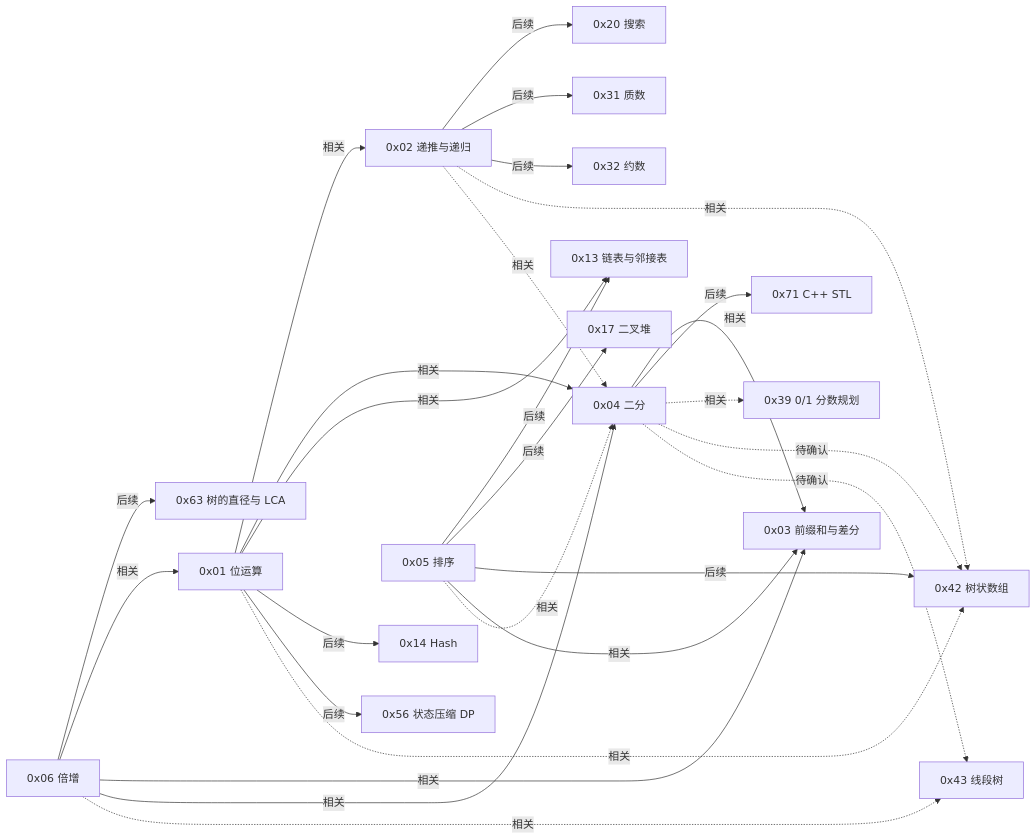
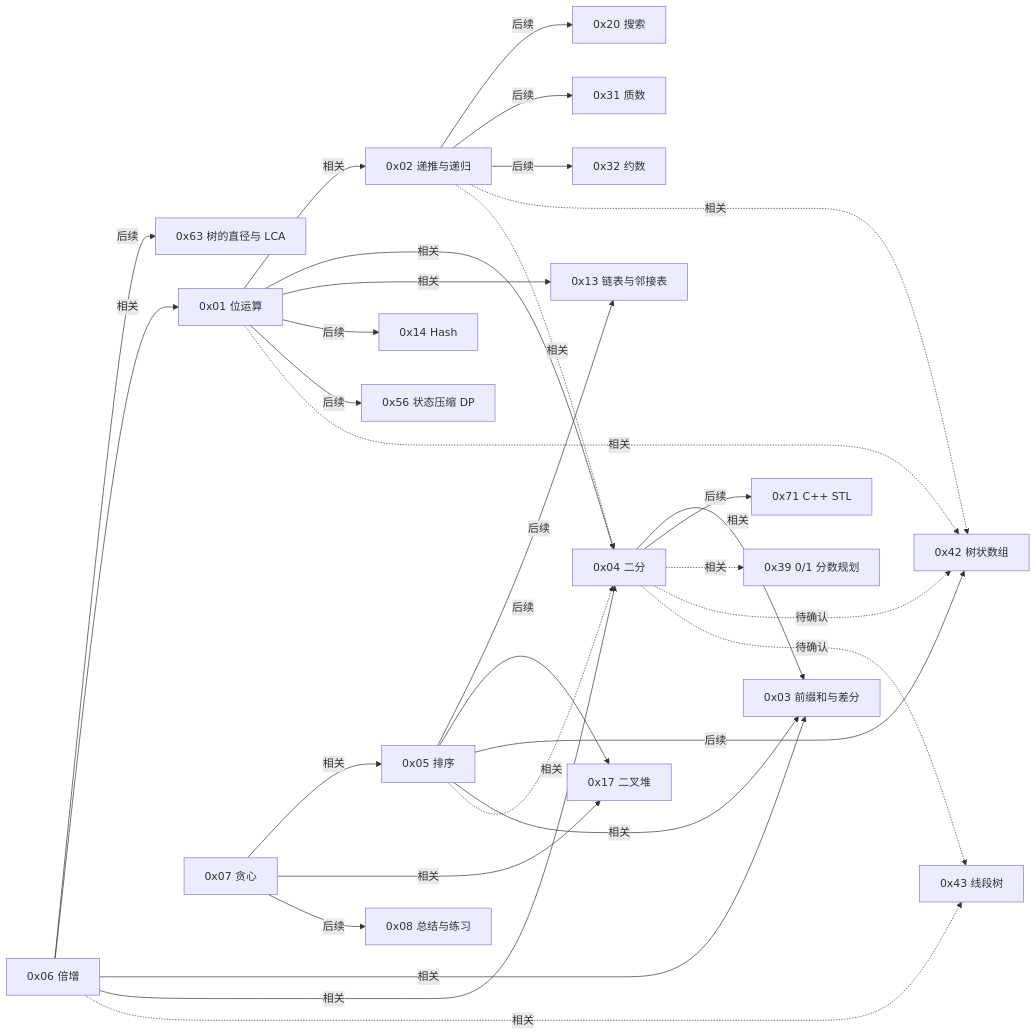
One commit to RobateV/algorithm-visualizer changed the first of 2 diagrams in docs/knowledge-base/dependency-map.md. Above: the diagram before and after it, drawn with Mermaid. The commit also changed other lines of this file and 5 other files, not shown here.

````diff
--- a/docs/knowledge-base/dependency-map.md
+++ b/docs/knowledge-base/dependency-map.md
@@ -18,29 +18,32 @@
 ```mermaid
 graph LR
   B01[0x01 位运算] -->|相关| B02[0x02 递推与递归]
   B01 -->|相关| B04[0x04 二分]
   B01 -->|相关| B13[0x13 链表与邻接表]
   B01 -->|后续| B14[0x14 Hash]
   B01 -->|后续| B56[0x56 状态压缩 DP]
   B01 -.->|相关| B42[0x42 树状数组]
   B02 -->|后续| B20[0x20 搜索]
   B02 -->|后续| B31[0x31 质数]
   B02 -->|后续| B32[0x32 约数]
   B02 -.->|相关| B42
   B02 -.->|相关| B04
   B04 -->|相关| B03[0x03 前缀和与差分]
   B04 -->|后续| B71[0x71 C++ STL]
   B04 -.->|相关| B39[0x39 0/1 分数规划]
   B04 ..->|待确认| B42
   B04 ..->|待确认| B43[0x43 线段树]
   B05[0x05 排序] -->|后续| B13[0x13 链表与邻接表]
   B05 -->|后续| B17[0x17 二叉堆]
   B05 -->|后续| B42[0x42 树状数组]
   B05 -->|相关| B03
   B05 -.->|相关| B04
   B06[0x06 倍增] -->|后续| B63[0x63 树的直径与 LCA]
   B06 -->|相关| B01
   B06 -->|相关| B03
   B06 -->|相关| B04
   B06 -.->|相关| B43
+  B07[0x07 贪心] -->|相关| B05
+  B07 -->|相关| B17
+  B07 -->|后续| B08[0x08 总结与练习]
 ```
````
